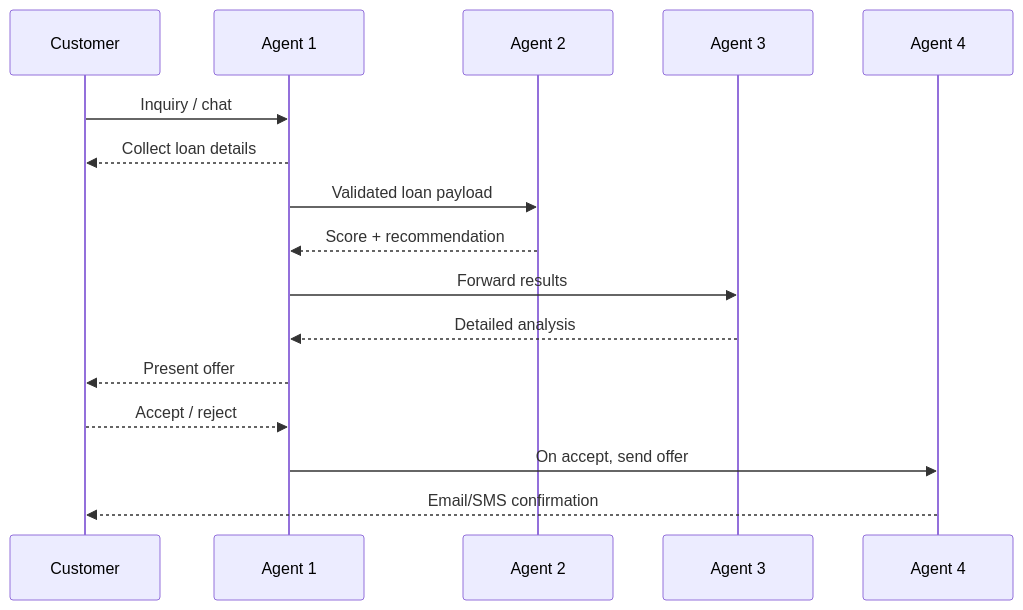
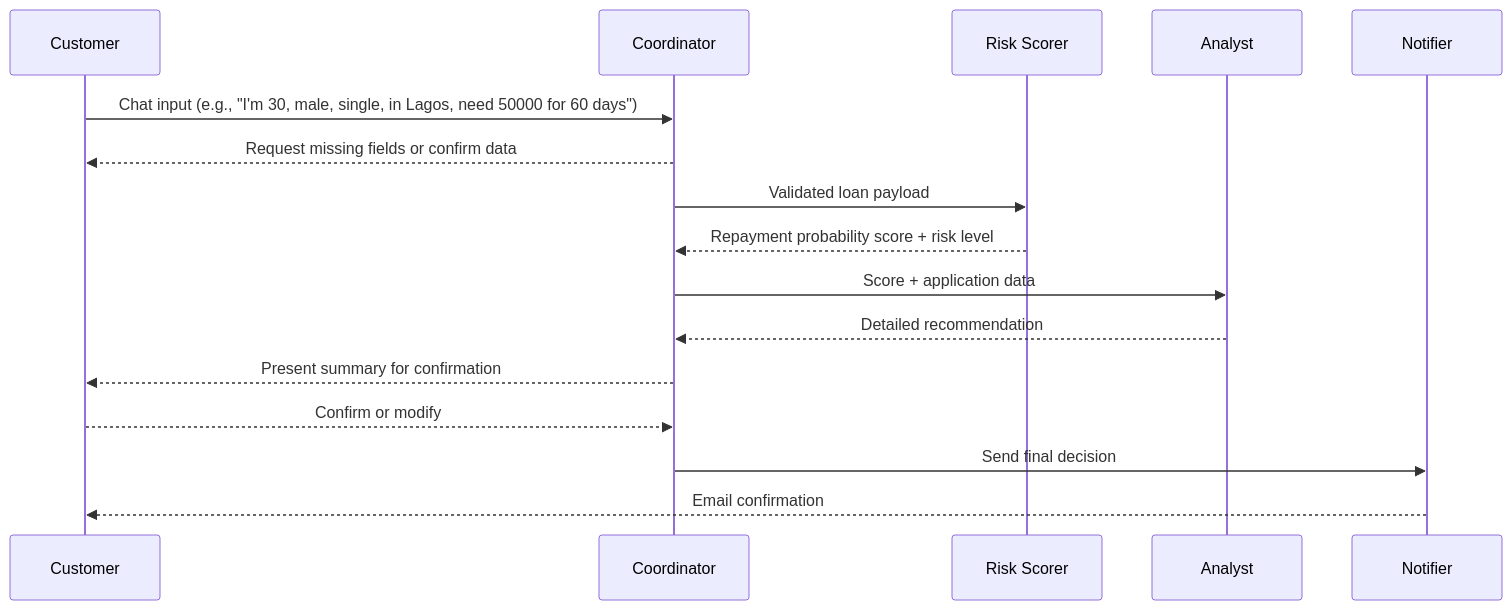
Before and after one commit to Seunope/agentic-loan-officer: the diagram in README.md, drawn with Mermaid. The commit also changed other lines of this file and 1 other file, not shown here.

````diff
--- a/README.md
+++ b/README.md
@@ -14,19 +34,19 @@
 ```mermaid
 sequenceDiagram
     participant C as Customer
-    participant A1 as Agent 1
-    participant A2 as Agent 2
-    participant A3 as Agent 3
-    participant A4 as Agent 4
+    participant A1 as Coordinator
+    participant A2 as Risk Scorer
+    participant A3 as Analyst
+    participant A4 as Notifier
 
-    C->>A1: Inquiry / chat
-    A1-->>C: Collect loan details
+    C->>A1: Chat input (e.g., "I'm 30, male, single, in Lagos, need 50000 for 60 days")
+    A1-->>C: Request missing fields or confirm data
     A1->>A2: Validated loan payload
-    A2-->>A1: Score + recommendation
-    A1->>A3: Forward results
-    A3-->>A1: Detailed analysis
-    A1-->>C: Present offer
-    C-->>A1: Accept / reject
-    A1->>A4: On accept, send offer
-    A4-->>C: Email/SMS confirmation
+    A2-->>A1: Repayment probability score + risk level
+    A1->>A3: Score + application data
+    A3-->>A1: Detailed recommendation
+    A1-->>C: Present summary for confirmation
+    C-->>A1: Confirm or modify
+    A1->>A4: Send final decision
+    A4-->>C: Email confirmation
 ```
````
